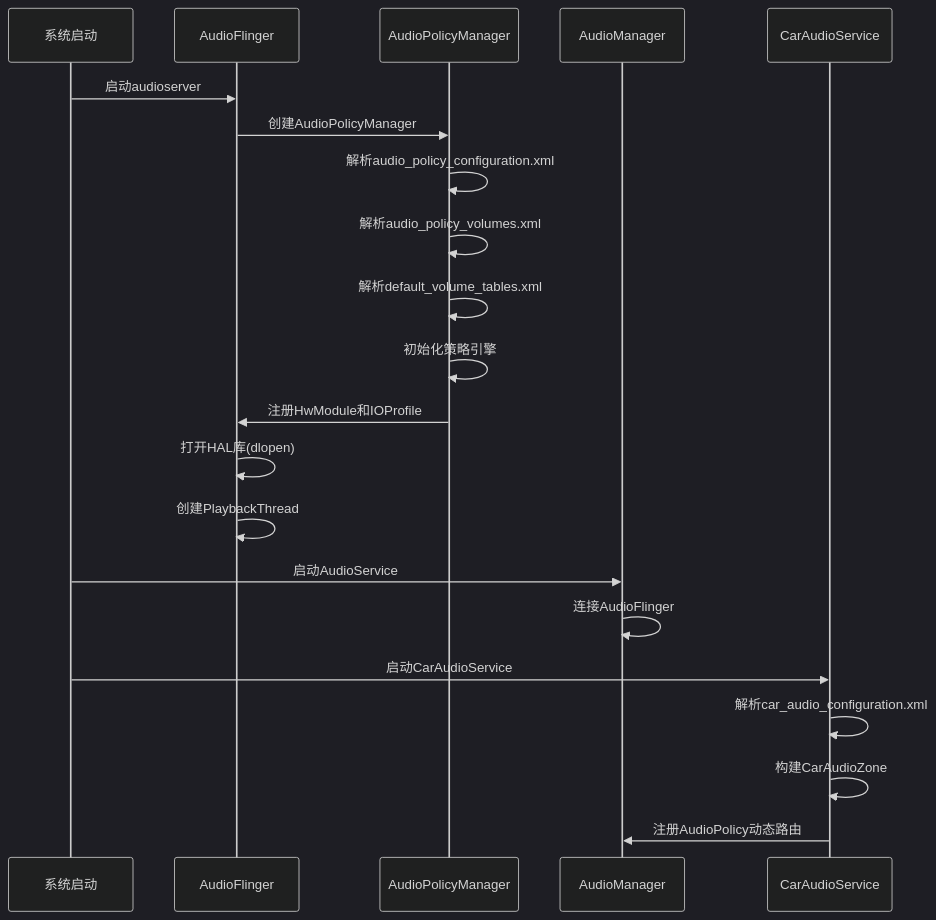
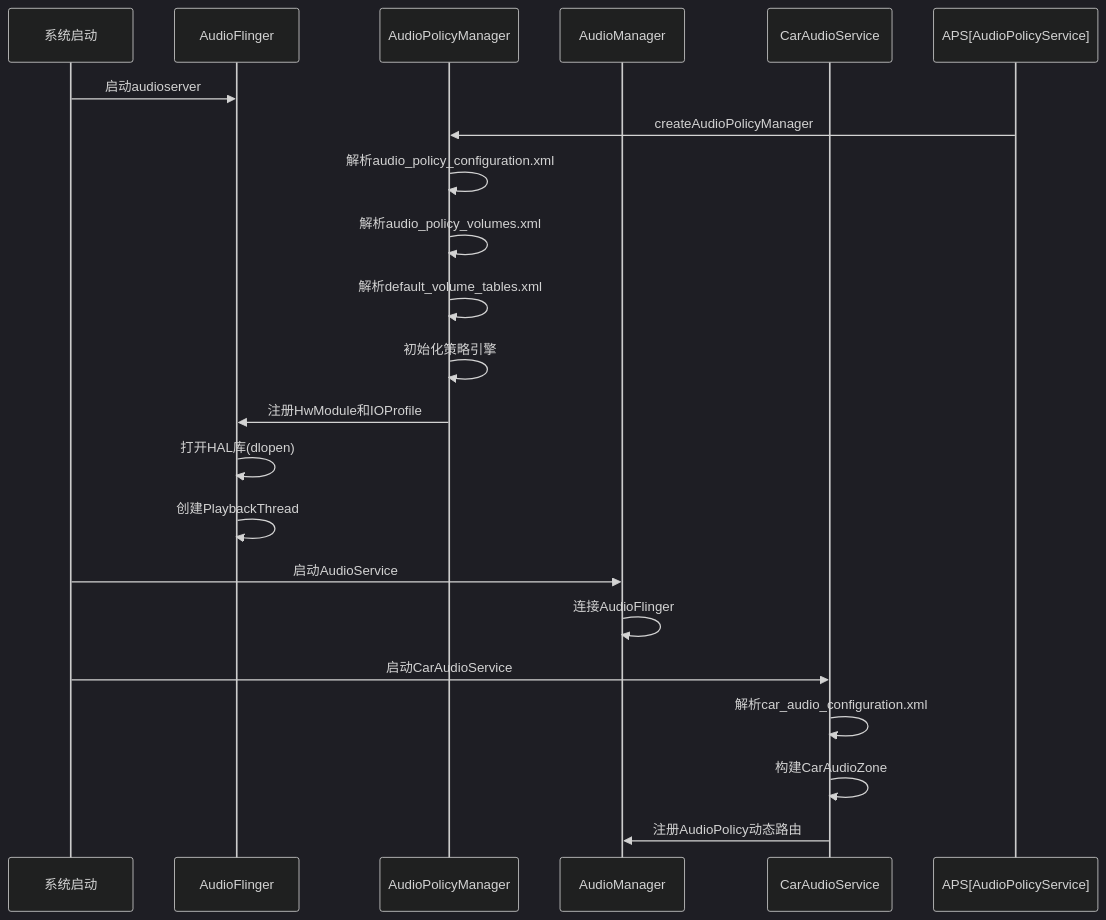
The fourth of 4 diagrams in 11_Vendor_Layer/11_11.6_配置解析流程.md (yanglinzhen1022/SA8295_AAOS_QNX_Audio_KnowledgeBase), drawn with Mermaid (dark theme) before and after one commit. The commit also changed other lines of this file and 13 other files, not shown here.

````diff
--- a/11_Vendor_Layer/11_11.6_配置解析流程.md
+++ b/11_Vendor_Layer/11_11.6_配置解析流程.md
@@ -222,26 +224,26 @@
 ```mermaid
 sequenceDiagram
     participant Init as 系统启动
     participant AF as AudioFlinger
     participant APM as AudioPolicyManager
     participant AM as AudioManager
     participant CAS as CarAudioService
 
     Init->>AF: 启动audioserver
-    AF->>APM: 创建AudioPolicyManager
+    APS[AudioPolicyService] ->>APM: createAudioPolicyManager
     APM->>APM: 解析audio_policy_configuration.xml
     APM->>APM: 解析audio_policy_volumes.xml
     APM->>APM: 解析default_volume_tables.xml
     APM->>APM: 初始化策略引擎
     APM->>AF: 注册HwModule和IOProfile
     AF->>AF: 打开HAL库(dlopen)
     AF->>AF: 创建PlaybackThread
 
     Init->>AM: 启动AudioService
     AM->>AM: 连接AudioFlinger
 
     Init->>CAS: 启动CarAudioService
     CAS->>CAS: 解析car_audio_configuration.xml
     CAS->>CAS: 构建CarAudioZone
     CAS->>AM: 注册AudioPolicy动态路由
 ```
````
